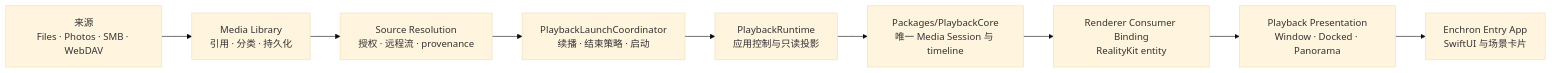
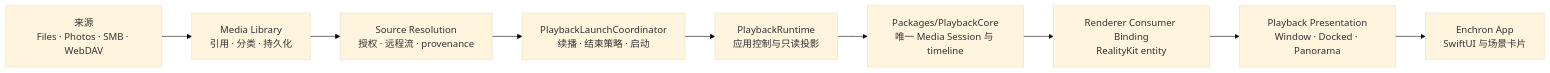
The diagram in ARCHITECTURE.md (1873663116/Enchron), drawn with Mermaid (base theme) before and after one commit. The commit also changed other lines of this file and 399 other files, not shown here.

````diff
--- a/ARCHITECTURE.md
+++ b/ARCHITECTURE.md
@@ -7,11 +23,11 @@
 ```mermaid
 flowchart LR
     Sources["来源\nFiles · Photos · SMB · WebDAV"] --> Library["Media Library\n引用 · 分类 · 持久化"]
     Library --> Resolve["Source Resolution\n授权 · 远程流 · provenance"]
     Resolve --> Launch["PlaybackLaunchCoordinator\n续播 · 结束策略 · 启动"]
     Launch --> Runtime["PlaybackRuntime\n应用控制与只读投影"]
     Runtime --> Core["Packages/PlaybackCore\n唯一 Media Session 与 timeline"]
     Core --> Binding["Renderer Consumer Binding\nRealityKit entity"]
     Binding --> Presentation["Playback Presentation\nWindow · Docked · Panorama"]
-    Presentation --> UI["Enchron Entry App\nSwiftUI 与场景卡片"]
+    Presentation --> UI["Enchron App\nSwiftUI 与场景卡片"]
 ```
````
